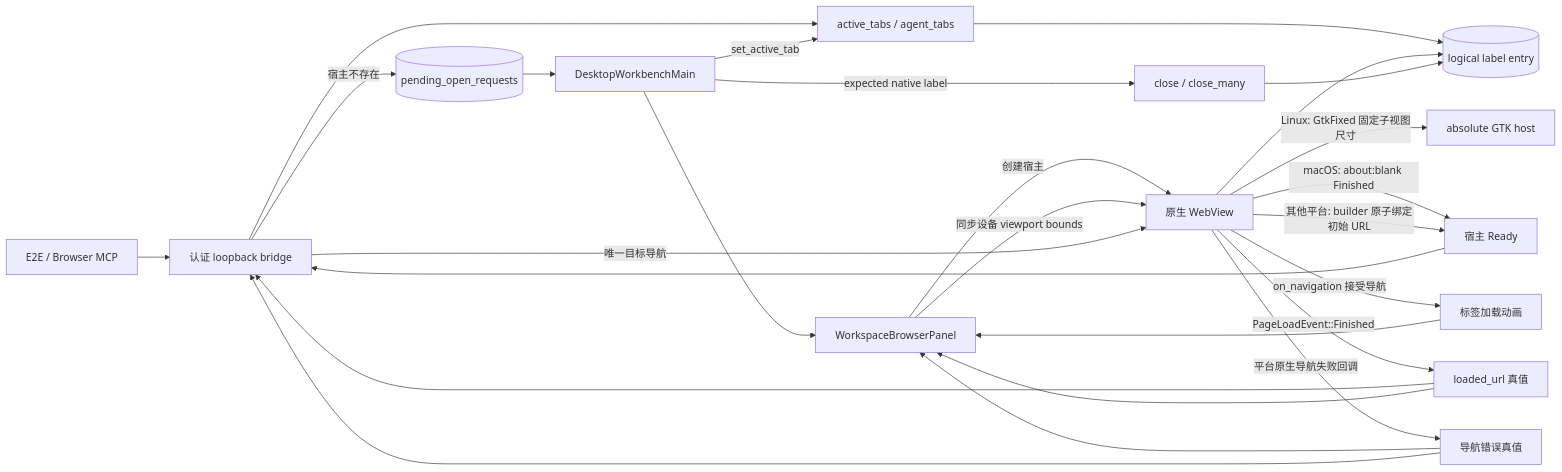
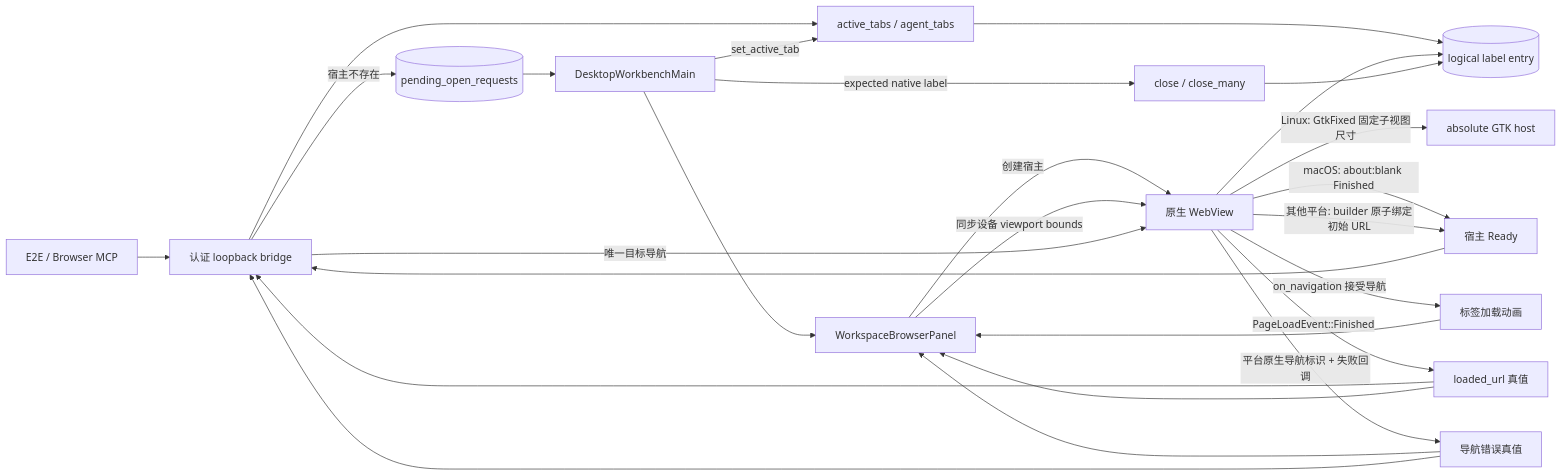
Before and after one commit to wecode-ai/Wegent: the first of 2 diagrams in docs/zh/architecture/embedded-browser.md, drawn with Mermaid. The commit also changed other lines of this file and 10 other files, not shown here.

````diff
--- a/docs/zh/architecture/embedded-browser.md
+++ b/docs/zh/architecture/embedded-browser.md
@@ -9,28 +9,28 @@
 ```mermaid
 flowchart LR
     CALLER[E2E / Browser MCP] --> BRIDGE[认证 loopback bridge]
     BRIDGE --> ROUTE[active_tabs / agent_tabs]
     ROUTE --> ENTRY[(logical label entry)]
     BRIDGE -->|宿主不存在| PENDING[(pending_open_requests)]
     PENDING --> MAIN[DesktopWorkbenchMain]
     MAIN --> PANEL[WorkspaceBrowserPanel]
     PANEL -->|创建宿主| WEBVIEW[原生 WebView]
     PANEL -->|同步设备 viewport bounds| WEBVIEW
     WEBVIEW -->|Linux: GtkFixed 固定子视图尺寸| LINUX_HOST[absolute GTK host]
     WEBVIEW --> ENTRY
     WEBVIEW -->|macOS: about:blank Finished| READY[宿主 Ready]
     WEBVIEW -->|其他平台: builder 原子绑定初始 URL| READY
     READY --> BRIDGE
     BRIDGE -->|唯一目标导航| WEBVIEW
     WEBVIEW -->|on_navigation 接受导航| LOADING[标签加载动画]
     LOADING --> PANEL
     WEBVIEW -->|PageLoadEvent::Finished| LOADED[loaded_url 真值]
-    WEBVIEW -->|平台原生导航失败回调| FAILED[导航错误真值]
+    WEBVIEW -->|平台原生导航标识 + 失败回调| FAILED[导航错误真值]
     LOADED --> BRIDGE
     LOADED --> PANEL
     FAILED --> PANEL
     FAILED --> BRIDGE
     MAIN -->|set_active_tab| ROUTE
     MAIN -->|expected native label| CLOSE[close / close_many]
     CLOSE --> ENTRY
 ```
````
